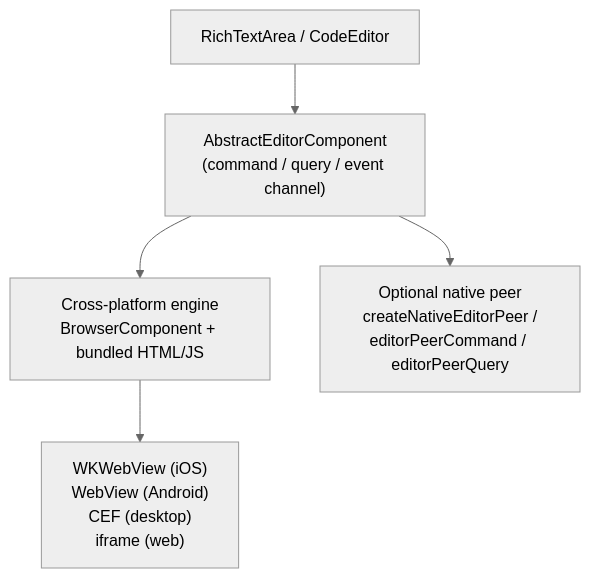
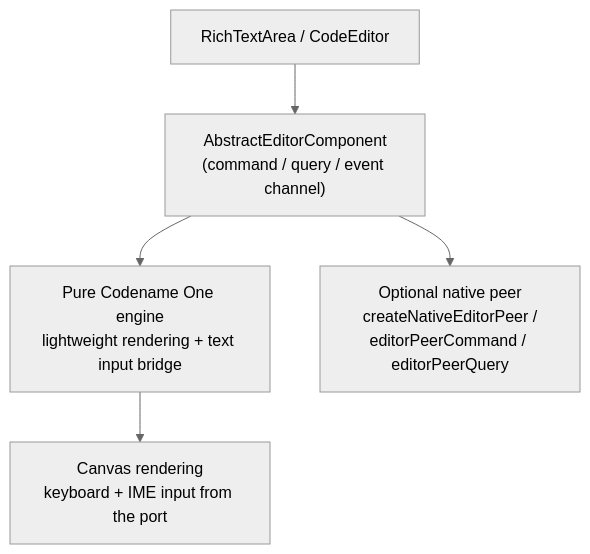
One commit to codenameone/CodenameOne changed the diagram in docs/website/content/blog/rich-text-and-code-editing.md. Above: the diagram before and after it, drawn with Mermaid (neutral theme). The commit also changed other lines of this file and 36 other files, not shown here.

```diff
--- a/docs/website/content/blog/rich-text-and-code-editing.md
+++ b/docs/website/content/blog/rich-text-and-code-editing.md
@@ -27,7 +27,7 @@
 {{< mermaid >}}
 flowchart TD
   A["RichTextArea / CodeEditor"] --> B["AbstractEditorComponent<br/>(command / query / event channel)"]
-  B --> C["Cross-platform engine<br/>BrowserComponent + bundled HTML/JS"]
+  B --> C["Pure Codename One engine<br/>lightweight rendering + text input bridge"]
   B --> D["Optional native peer<br/>createNativeEditorPeer /<br/>editorPeerCommand / editorPeerQuery"]
-  C --> E["WKWebView (iOS)<br/>WebView (Android)<br/>CEF (desktop)<br/>iframe (web)"]
+  C --> E["Canvas rendering<br/>keyboard + IME input from the port"]
 {{< /mermaid >}}
```
